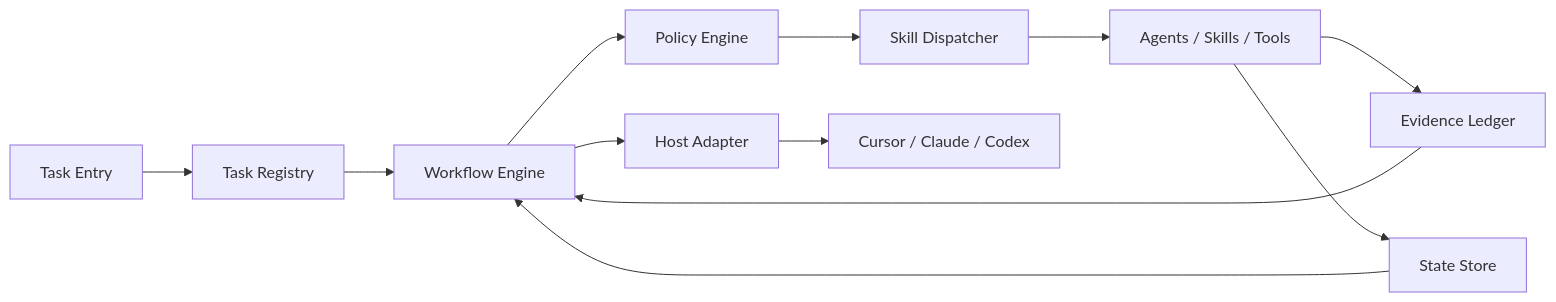
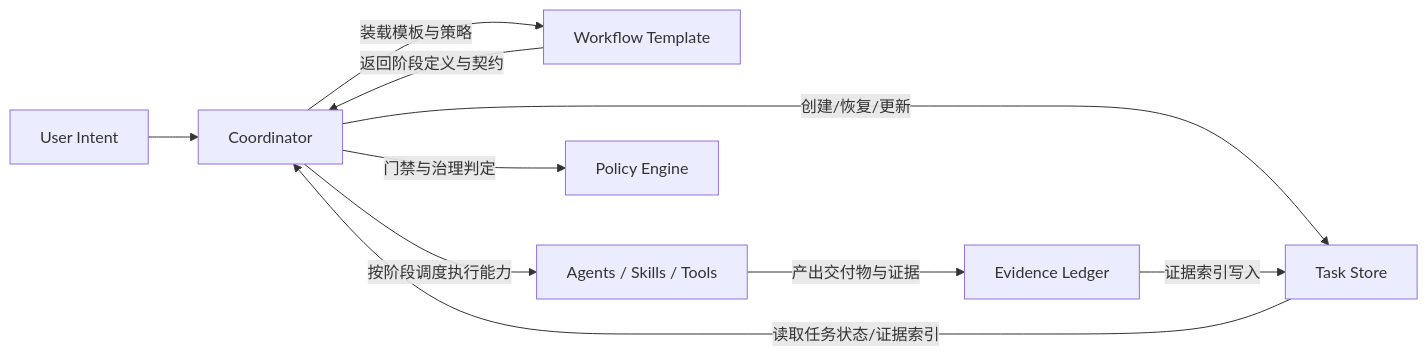
One commit to liushoukun/reason-cavalier changed the first of 2 diagrams in docs/index.md. Above: the diagram before and after it, drawn with Mermaid. The commit also changed other lines of this file, not shown here.

Commit message:
Revise documentation for Harness Reason Cavalier, updating project vision, design principles, and core modules. Enhance clarity on task workflows and governance, while restructuring sections for improved readability and coherence.

````diff
--- a/docs/index.md
+++ b/docs/index.md
@@ -87,14 +82,15 @@
 ```mermaid
 flowchart LR
-  A[Task Entry] --> B[Task Registry]
-  B --> C[Workflow Engine]
-  C --> D[Policy Engine]
-  D --> E[Skill Dispatcher]
-  E --> F[Agents / Skills / Tools]
-  F --> G[Evidence Ledger]
-  F --> H[State Store]
-  G --> C
-  H --> C
-  C --> I[Host Adapter]
-  I --> J[Cursor / Claude / Codex]
+  U[User Intent] --> C[Coordinator]
+  C -->|创建/恢复/更新| T[Task Store]
+  T -->|读取任务状态/证据索引| C
+
+  C -->|装载模板与策略| W[Workflow Template]
+  W -->|返回阶段定义与契约| C
+
+  C -->|按阶段调度执行能力| E[Agents / Skills / Tools]
+  E -->|产出交付物与证据| L[Evidence Ledger]
+  L -->|证据索引写入| T
+
+  C -->|门禁与治理判定| P[Policy Engine]
 ```
````
